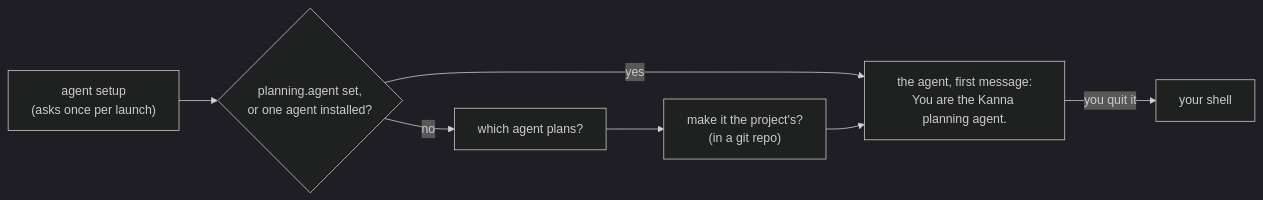
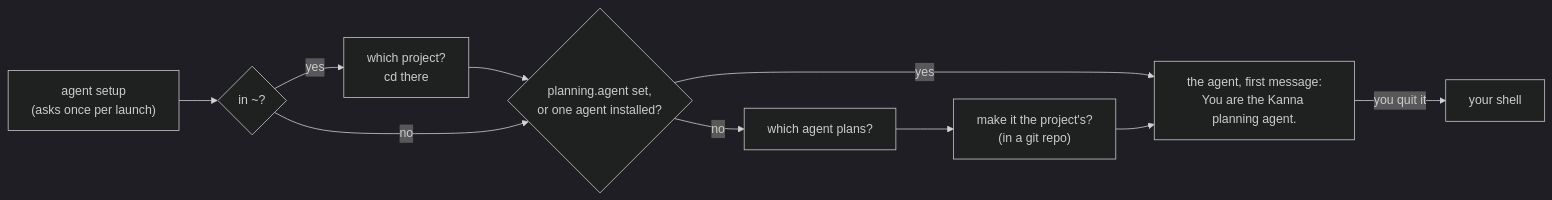
One commit to jemdiggity/kanna-v4 changed the diagram in docs/specs/new-desk.md. Above: the diagram before and after it, drawn with Mermaid (dark theme). The commit also changed other lines of this file and 3 other files, not shown here.

Commit message:
New Desk in ~ (File > New Desk, Kanna from Finder) asks which project first, from the repos Kanna has had tasks in, then moves the planning terminal there so the Shelf, the agent and your shell are in the project; mockup and screenshots

````diff
--- a/docs/specs/new-desk.md
+++ b/docs/specs/new-desk.md
@@ -40,7 +42,9 @@
 ```mermaid
 flowchart LR
-    S["agent setup<br/>(asks once per launch)"] --> P{"planning.agent set,<br/>or one agent installed?"}
+    S["agent setup<br/>(asks once per launch)"] --> W{"in ~?"}
+    W -->|"yes"| J["which project?<br/>cd there"] --> P
+    W -->|"no"| P{"planning.agent set,<br/>or one agent installed?"}
     P -->|"yes"| A["the agent, first message:<br/>You are the Kanna planning agent."]
     P -->|"no"| Q["which agent plans?"] --> O["make it the project's?<br/>(in a git repo)"] --> A
     A -->|"you quit it"| SH["your shell"]
 ```
````
